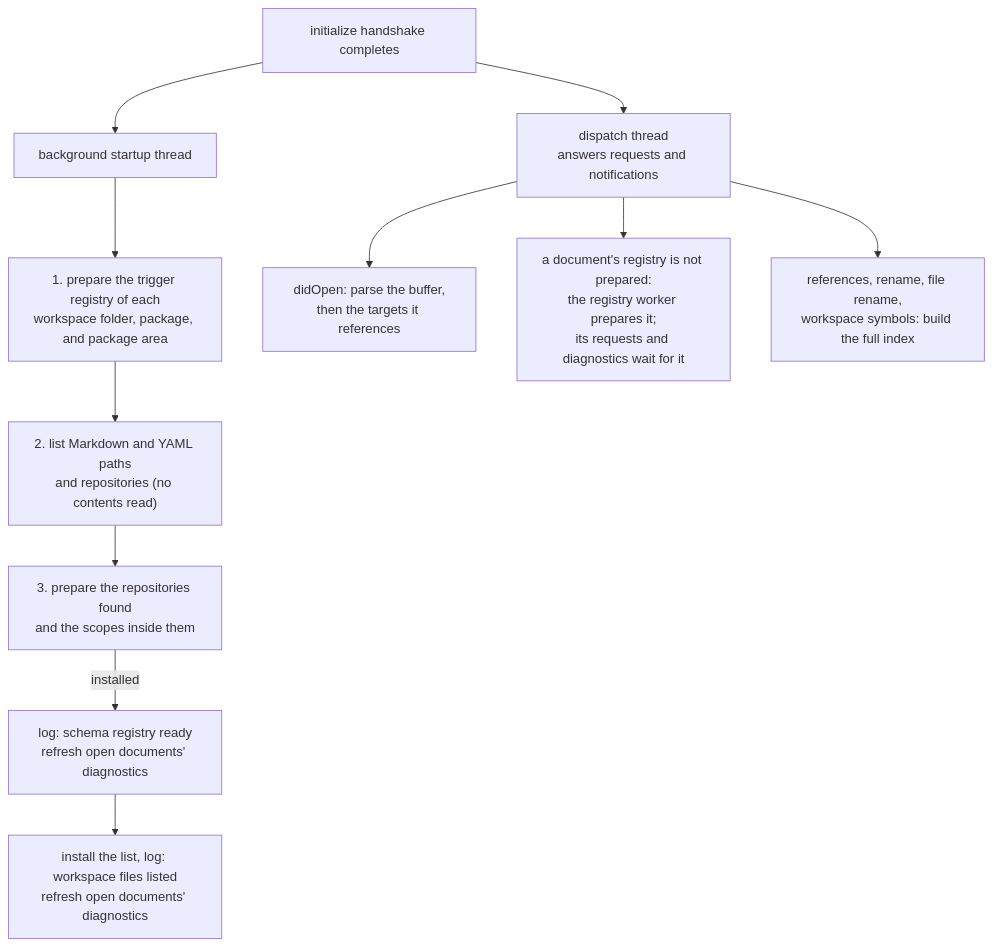
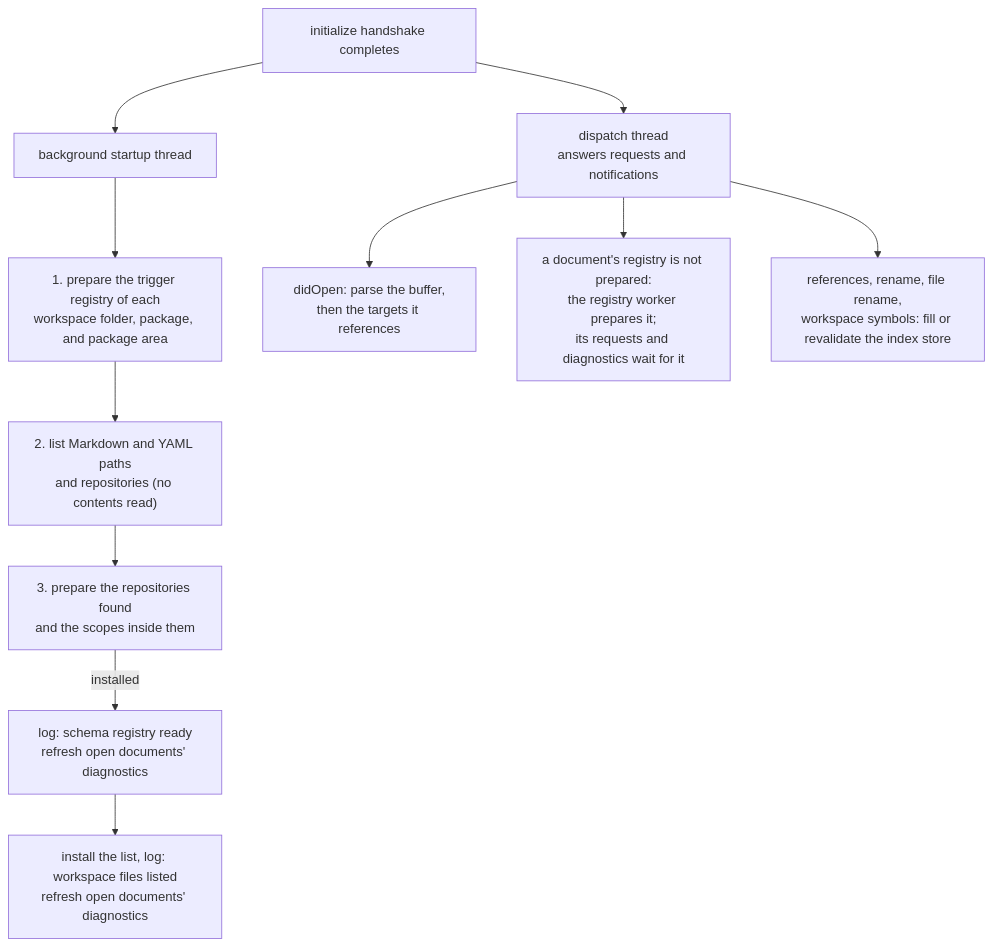
Before and after one commit to yankeeinlondon/rusty-biscuit: the first of 6 diagrams in darkmatter/docs/lsp/indexing.md, drawn with Mermaid. The commit also changed other lines of this file and 7 other files, not shown here.

First line of the commit message:
docs(darkmatter): document the DMLS index store

````diff
--- a/darkmatter/docs/lsp/indexing.md
+++ b/darkmatter/docs/lsp/indexing.md
@@ -59,13 +61,13 @@
 ```mermaid
 flowchart TD
     H["initialize handshake completes"] --> D["dispatch thread<br/>answers requests and notifications"]
     H --> S["background startup thread"]
     S --> R["1. prepare the trigger registry of each<br/>workspace folder, package, and package area"]
     R --> W["2. list Markdown and YAML paths<br/>and repositories (no contents read)"]
     W --> N["3. prepare the repositories found<br/>and the scopes inside them"]
     N -->|"installed"| RL["log: schema registry ready<br/>refresh open documents' diagnostics"]
     RL --> WL["install the list, log: workspace files listed<br/>refresh open documents' diagnostics"]
     D --> O["didOpen: parse the buffer,<br/>then the targets it references"]
     D --> P["a document's registry is not prepared:<br/>the registry worker prepares it;<br/>its requests and diagnostics wait for it"]
-    D --> F["references, rename, file rename,<br/>workspace symbols: build the full index"]
+    D --> F["references, rename, file rename,<br/>workspace symbols: fill or revalidate the index store"]
 ```
````
